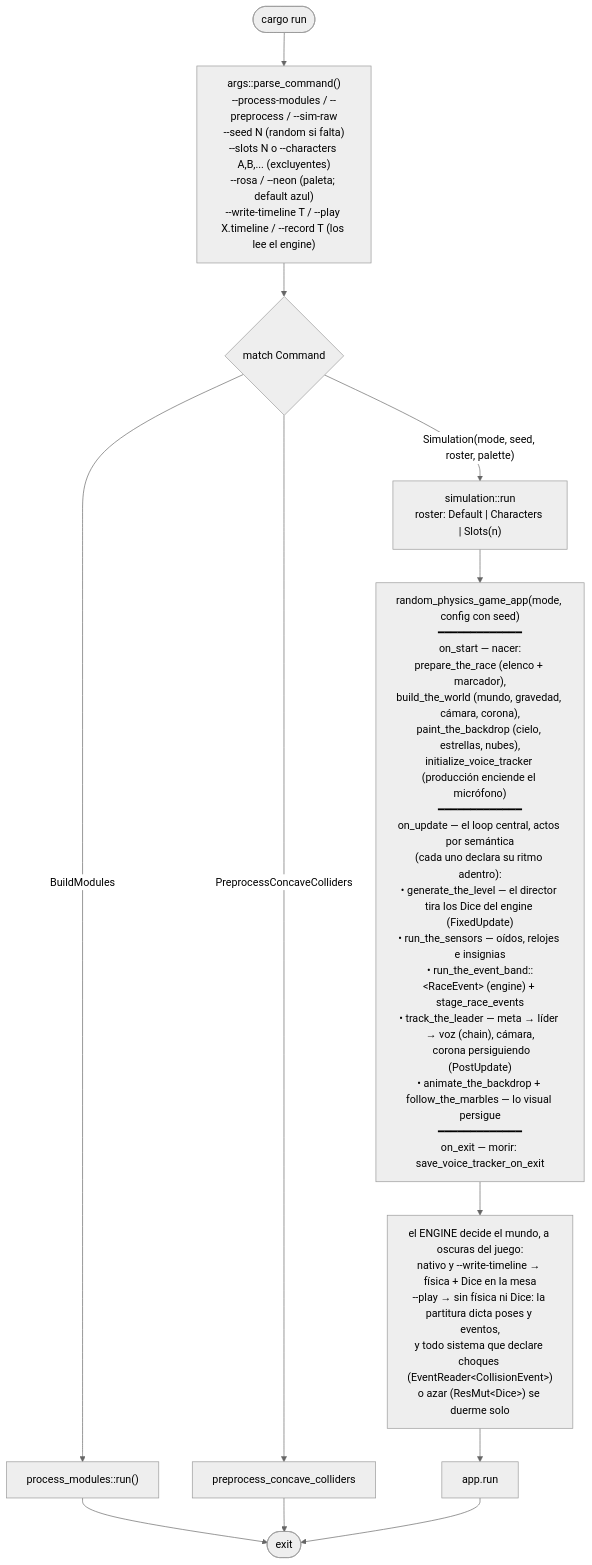
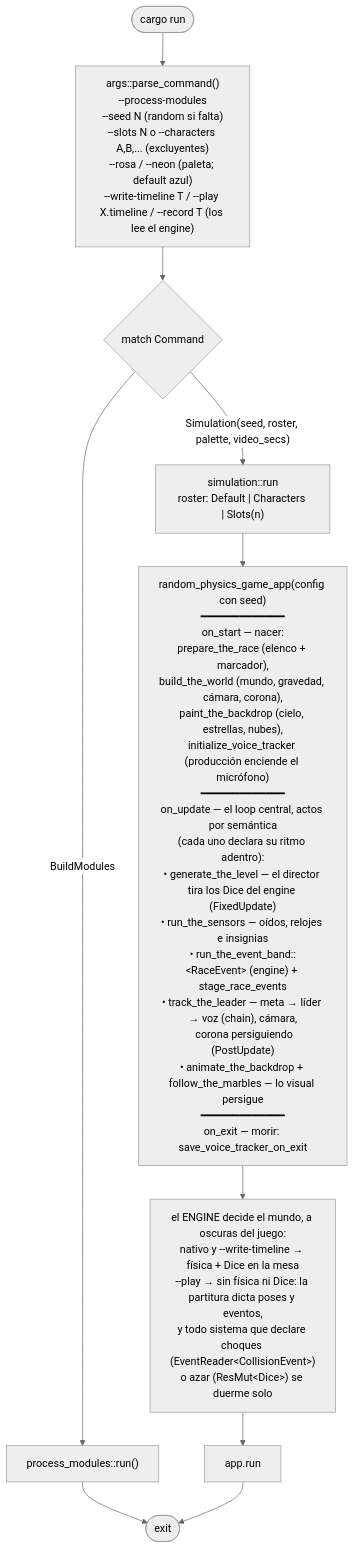
One commit to jesusgomeznuz/canicasbrawl-rapier changed the first of 5 diagrams in docs/flow.md. Above: the diagram before and after it, drawn with Mermaid (neutral theme). The commit also changed other lines of this file and 12 other files, not shown here.

````diff
--- a/docs/flow.md
+++ b/docs/flow.md
@@ -7,17 +7,15 @@
 ```mermaid
 flowchart TD
-    Start([cargo run]) --> Parse["args::parse_command()<br/>--process-modules / --preprocess / --sim-raw<br/>--seed N (random si falta)<br/>--slots N o --characters A,B,... (excluyentes)<br/>--rosa / --neon (paleta; default azul)<br/>--write-timeline T / --play X.timeline / --record T (los lee el engine)"]
+    Start([cargo run]) --> Parse["args::parse_command()<br/>--process-modules<br/>--seed N (random si falta)<br/>--slots N o --characters A,B,... (excluyentes)<br/>--rosa / --neon (paleta; default azul)<br/>--write-timeline T / --play X.timeline / --record T (los lee el engine)"]
     Parse --> Match{match Command}
     Match -- BuildModules --> Editor["process_modules::run()"]
-    Match -- PreprocessConcaveColliders --> Pre["preprocess_concave_colliders"]
-    Match -- "Simulation(mode, seed, roster, palette)" --> Run["simulation::run<br/>roster: Default | Characters | Slots(n)"]
+    Match -- "Simulation(seed, roster, palette, video_secs)" --> Run["simulation::run<br/>roster: Default | Characters | Slots(n)"]
 
-    Run --> Fases["random_physics_game_app(mode, config con seed)<br/>━━━━━━━━━━━━━<br/>on_start — nacer:<br/>prepare_the_race (elenco + marcador),<br/>build_the_world (mundo, gravedad, cámara, corona),<br/>paint_the_backdrop (cielo, estrellas, nubes),<br/>initialize_voice_tracker (producción enciende el micrófono)<br/>━━━━━━━━━━━━━<br/>on_update — el loop central, actos por semántica<br/>(cada uno declara su ritmo adentro):<br/>• generate_the_level — el director tira los Dice del engine (FixedUpdate)<br/>• run_the_sensors — oídos, relojes e insignias<br/>• run_the_event_band::&lt;RaceEvent&gt; (engine) + stage_race_events<br/>• track_the_leader — meta → líder → voz (chain), cámara,<br/>&nbsp;&nbsp;corona persiguiendo (PostUpdate)<br/>• animate_the_backdrop + follow_the_marbles — lo visual persigue<br/>━━━━━━━━━━━━━<br/>on_exit — morir: save_voice_tracker_on_exit"]
+    Run --> Fases["random_physics_game_app(config con seed)<br/>━━━━━━━━━━━━━<br/>on_start — nacer:<br/>prepare_the_race (elenco + marcador),<br/>build_the_world (mundo, gravedad, cámara, corona),<br/>paint_the_backdrop (cielo, estrellas, nubes),<br/>initialize_voice_tracker (producción enciende el micrófono)<br/>━━━━━━━━━━━━━<br/>on_update — el loop central, actos por semántica<br/>(cada uno declara su ritmo adentro):<br/>• generate_the_level — el director tira los Dice del engine (FixedUpdate)<br/>• run_the_sensors — oídos, relojes e insignias<br/>• run_the_event_band::&lt;RaceEvent&gt; (engine) + stage_race_events<br/>• track_the_leader — meta → líder → voz (chain), cámara,<br/>&nbsp;&nbsp;corona persiguiendo (PostUpdate)<br/>• animate_the_backdrop + follow_the_marbles — lo visual persigue<br/>━━━━━━━━━━━━━<br/>on_exit — morir: save_voice_tracker_on_exit"]
 
     Fases --> Dark["el ENGINE decide el mundo, a oscuras del juego:<br/>nativo y --write-timeline → física + Dice en la mesa<br/>--play → sin física ni Dice: la partitura dicta poses y eventos,<br/>y todo sistema que declare choques (EventReader&lt;CollisionEvent&gt;)<br/>o azar (ResMut&lt;Dice&gt;) se duerme solo"]
 
     Editor --> End([exit])
-    Pre --> End
     Dark --> Loop["app.run"]
     Loop --> End
 ```
````
